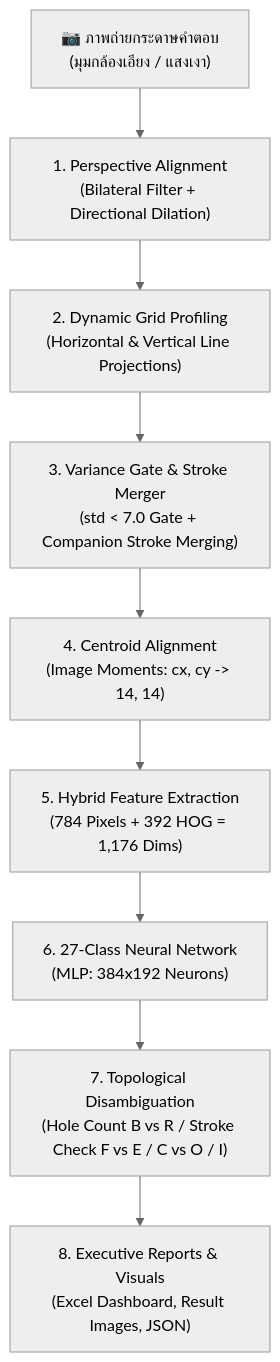
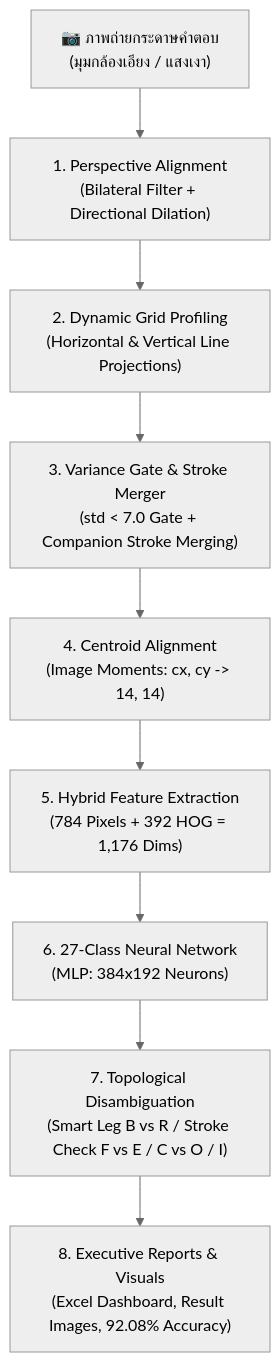
The diagram in README.md (67160213-ux/Project_CV), drawn with Mermaid (neutral theme) before and after one commit. The commit also changed other lines of this file, not shown here.

````diff
--- a/README.md
+++ b/README.md
@@ -44,11 +44,11 @@
 ```mermaid
 graph TD
     A["📷 ภาพถ่ายกระดาษคำตอบ<br/>(มุมกล้องเอียง / แสงเงา)"] --> B["1. Perspective Alignment<br/>(Bilateral Filter + Directional Dilation)"]
     B --> C["2. Dynamic Grid Profiling<br/>(Horizontal & Vertical Line Projections)"]
     C --> D["3. Variance Gate & Stroke Merger<br/>(std < 7.0 Gate + Companion Stroke Merging)"]
     D --> E["4. Centroid Alignment<br/>(Image Moments: cx, cy -> 14, 14)"]
     E --> F["5. Hybrid Feature Extraction<br/>(784 Pixels + 392 HOG = 1,176 Dims)"]
     F --> G["6. 27-Class Neural Network<br/>(MLP: 384x192 Neurons)"]
-    G --> H["7. Topological Disambiguation<br/>(Hole Count B vs R / Stroke Check F vs E / C vs O / I)"]
-    H --> I["8. Executive Reports & Visuals<br/>(Excel Dashboard, Result Images, JSON)"]
+    G --> H["7. Topological Disambiguation<br/>(Smart Leg B vs R / Stroke Check F vs E / C vs O / I)"]
+    H --> I["8. Executive Reports & Visuals<br/>(Excel Dashboard, Result Images, 92.08% Accuracy)"]
 ```
````
